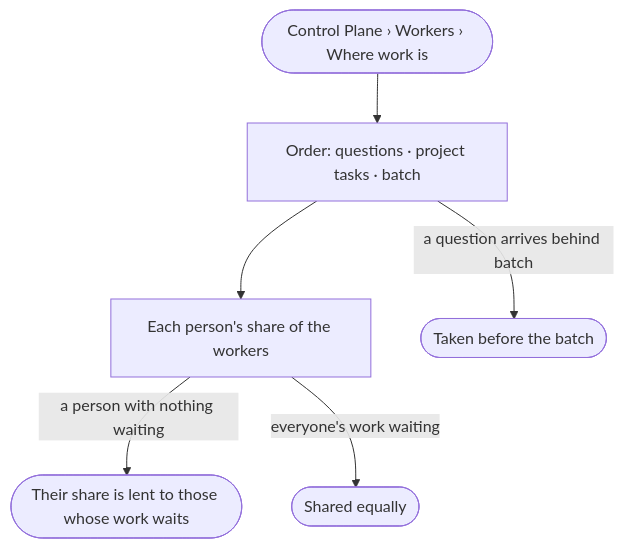
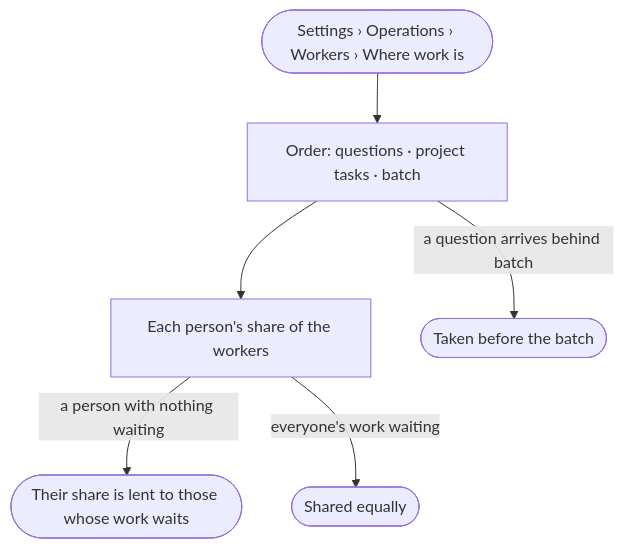
Before and after one commit to invana/invana: the diagram in specs/os/control/features/CP-F03-workers-and-the-queue/stories/CP-06-questions-go-before-batch-work/story.md, drawn with Mermaid. The commit also changed 106 other files, not shown here.

````diff
--- a/specs/os/control/features/CP-F03-workers-and-the-queue/stories/CP-06-questions-go-before-batch-work/story.md
+++ b/specs/os/control/features/CP-F03-workers-and-the-queue/stories/CP-06-questions-go-before-batch-work/story.md
@@ -26,8 +26,8 @@
 ```mermaid
 flowchart TD
-  s([Control Plane › Workers › Where work is]) --> o["Order: questions · project tasks · batch"]
+  s([Settings › Operations › Workers › Where work is]) --> o["Order: questions · project tasks · batch"]
   o --> g["Each person's share of the workers"]
   g -->|a person with nothing waiting| lend(["Their share is lent to those whose work waits"])
   g -->|everyone's work waiting| eq(["Shared equally"])
   o -->|a question arrives behind batch| first(["Taken before the batch"])
 ```
````
